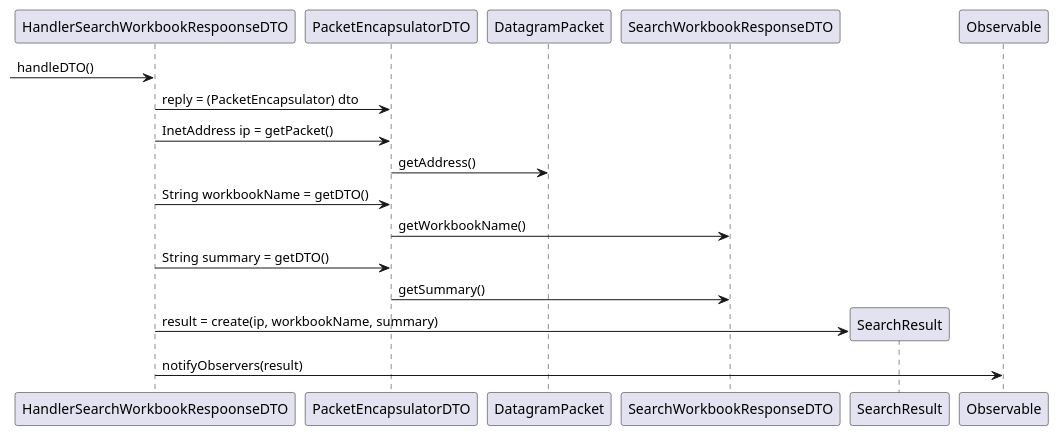
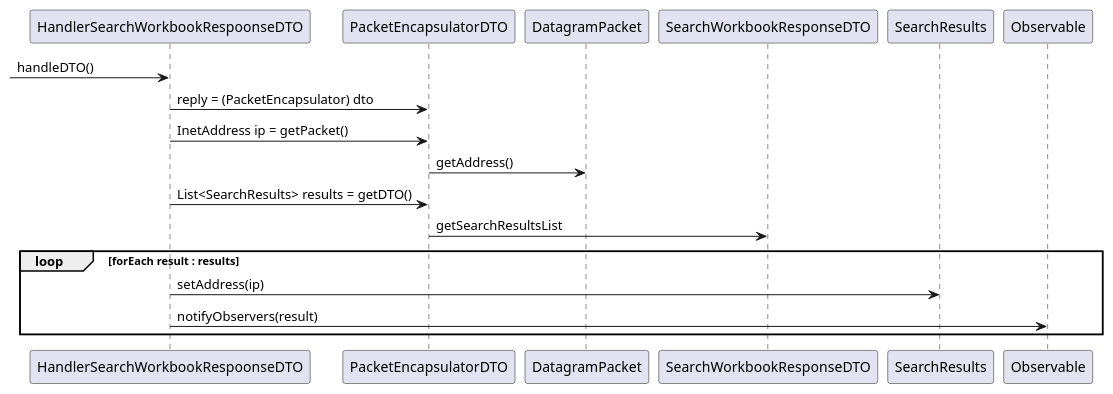
The diagram in src/main/java/lapr4/blue/s2/ipc/n1151031/searchnetwork/ipc03_2_design2.puml (MikeTekOn/lapr4-2017-2dd), drawn with PlantUML before and after one commit.

Commit message:
LAPR4E17DD-82 #comment updates FI documentation.

```diff
--- a/src/main/java/lapr4/blue/s2/ipc/n1151031/searchnetwork/ipc03_2_design2.puml
+++ b/src/main/java/lapr4/blue/s2/ipc/n1151031/searchnetwork/ipc03_2_design2.puml
@@ -1,25 +1,24 @@
 @startuml ipc03_2_design2.png
 skinparam packageStyle rect
 skinparam defaultFontName FG Virgil
 skinparam shadowing false
 
 participant "HandlerSearchWorkbookRespoonseDTO" as handlerDTO
 participant "PacketEncapsulatorDTO" as packet
 participant "DatagramPacket" as datagram
 participant "SearchWorkbookResponseDTO" as resDTO
-participant "SearchResult" as sresult
+participant "SearchResults" as sresult
 participant "Observable" as obs
 
 -> handlerDTO : handleDTO()
 handlerDTO -> packet : reply = (PacketEncapsulator) dto
 handlerDTO -> packet : InetAddress ip = getPacket()
 packet -> datagram : getAddress()
-handlerDTO -> packet : String workbookName = getDTO()
-packet -> resDTO : getWorkbookName()
-handlerDTO -> packet : String summary = getDTO()
-packet -> resDTO : getSummary()
-create sresult
-handlerDTO -> sresult : result = create(ip, workbookName, summary)
+handlerDTO -> packet : List<SearchResults> results = getDTO()
+packet -> resDTO : getSearchResultsList
+loop forEach result : results
+handlerDTO -> sresult : setAddress(ip)
 handlerDTO -> obs : notifyObservers(result)
+end
 
 @enduml
```
